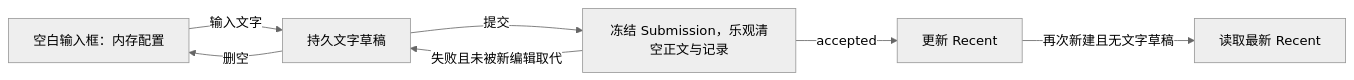
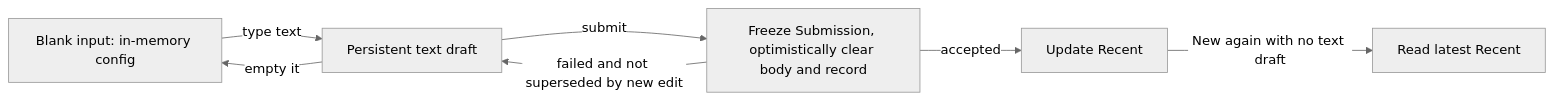
The first of 2 diagrams in docs/ui/composer-text-draft-persistence.md (osben/ZCode), drawn with Mermaid (neutral theme) before and after one commit. The commit also changed other lines of this file and 32 other files, not shown here.

````diff
--- a/docs/ui/composer-text-draft-persistence.md
+++ b/docs/ui/composer-text-draft-persistence.md
@@ -13,9 +15,9 @@
 ```mermaid
 flowchart LR
-    A[空白输入框：内存配置] -->|输入文字| B[持久文字草稿]
-    B -->|删空| A
-    B -->|提交| C[冻结 Submission，乐观清空正文与记录]
-    C -->|accepted| D[更新 Recent]
-    C -->|失败且未被新编辑取代| B
-    D -->|再次新建且无文字草稿| E[读取最新 Recent]
+    A[Blank input: in-memory config] -->|type text| B[Persistent text draft]
+    B -->|empty it| A
+    B -->|submit| C[Freeze Submission, optimistically clear body and record]
+    C -->|accepted| D[Update Recent]
+    C -->|failed and not superseded by new edit| B
+    D -->|New again with no text draft| E[Read latest Recent]
 ```
````
